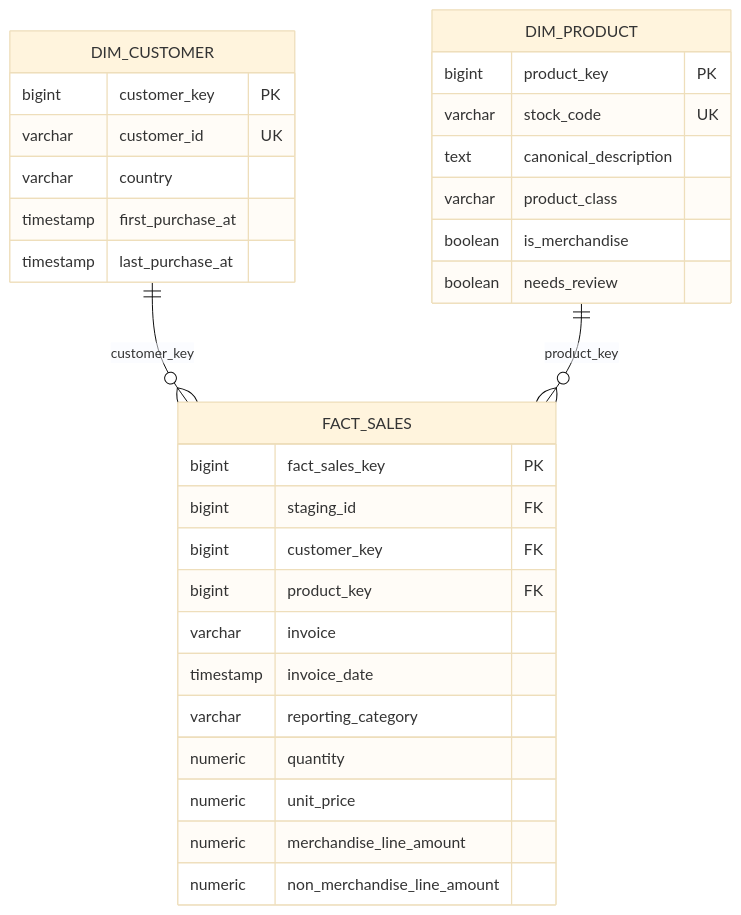
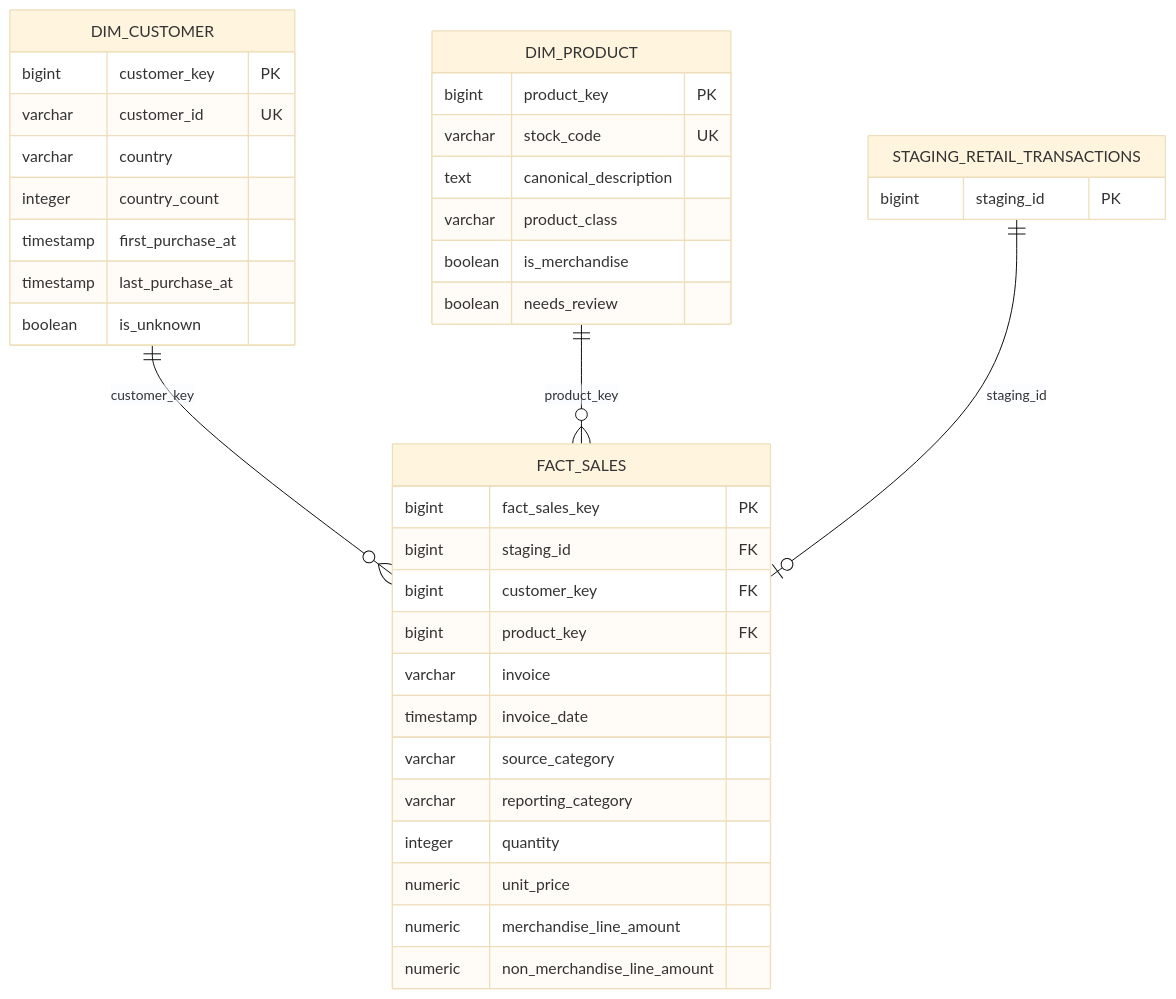
One commit to Riddhis2226/Consumer-360 changed the diagram in database/diagrams/consumer360_star_schema.mmd. Above: the diagram before and after it, drawn with Mermaid (base theme). The commit also changed 2 other files, not shown here.

Commit message:
docs: finalize Week 1 verification and schema

```diff
--- a/database/diagrams/consumer360_star_schema.mmd
+++ b/database/diagrams/consumer360_star_schema.mmd
@@ -1,34 +1,42 @@
 erDiagram
     DIM_CUSTOMER ||--o{ FACT_SALES : customer_key
-    DIM_PRODUCT  ||--o{ FACT_SALES : product_key
+    DIM_PRODUCT ||--o{ FACT_SALES : product_key
+    STAGING_RETAIL_TRANSACTIONS ||--o| FACT_SALES : staging_id
 
     DIM_CUSTOMER {
         bigint customer_key PK
         varchar customer_id UK
         varchar country
+        integer country_count
         timestamp first_purchase_at
         timestamp last_purchase_at
+        boolean is_unknown
     }
 
     DIM_PRODUCT {
         bigint product_key PK
         varchar stock_code UK
         text canonical_description
         varchar product_class
         boolean is_merchandise
         boolean needs_review
     }
 
+    STAGING_RETAIL_TRANSACTIONS {
+        bigint staging_id PK
+    }
+
     FACT_SALES {
         bigint fact_sales_key PK
         bigint staging_id FK
         bigint customer_key FK
         bigint product_key FK
         varchar invoice
         timestamp invoice_date
+        varchar source_category
         varchar reporting_category
-        numeric quantity
+        integer quantity
         numeric unit_price
         numeric merchandise_line_amount
         numeric non_merchandise_line_amount
     }
```
